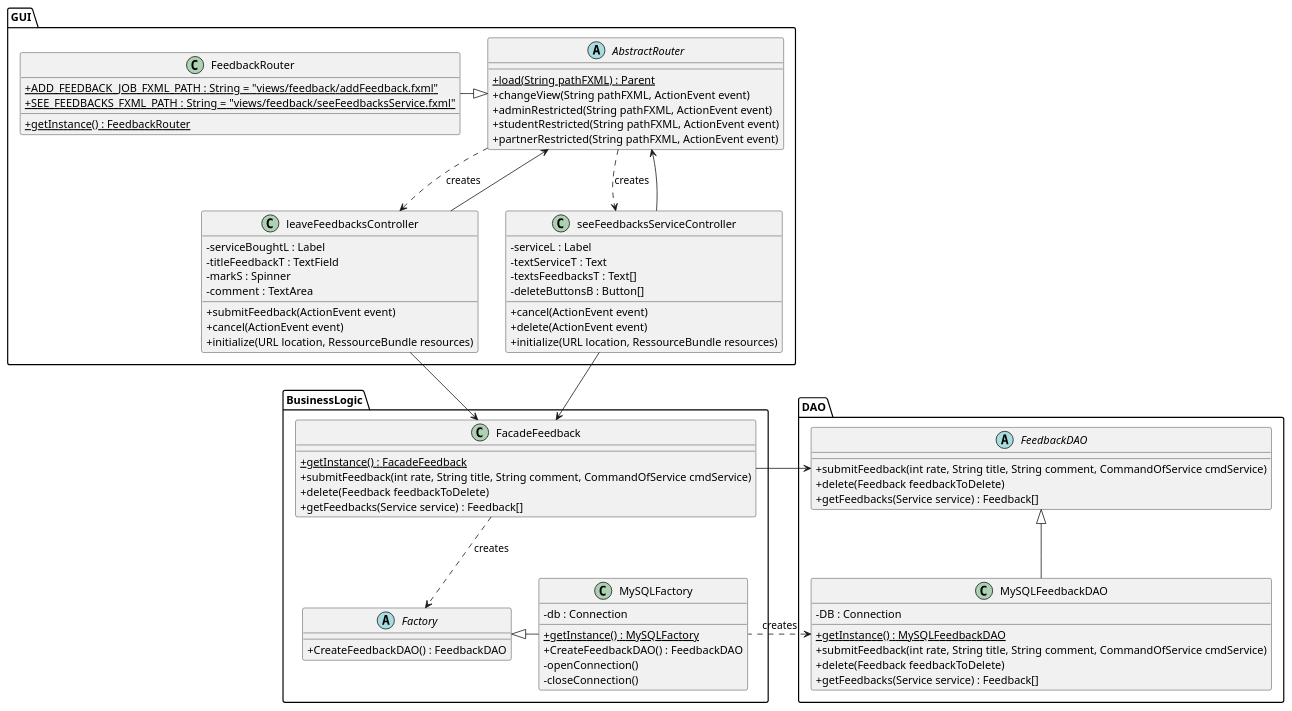
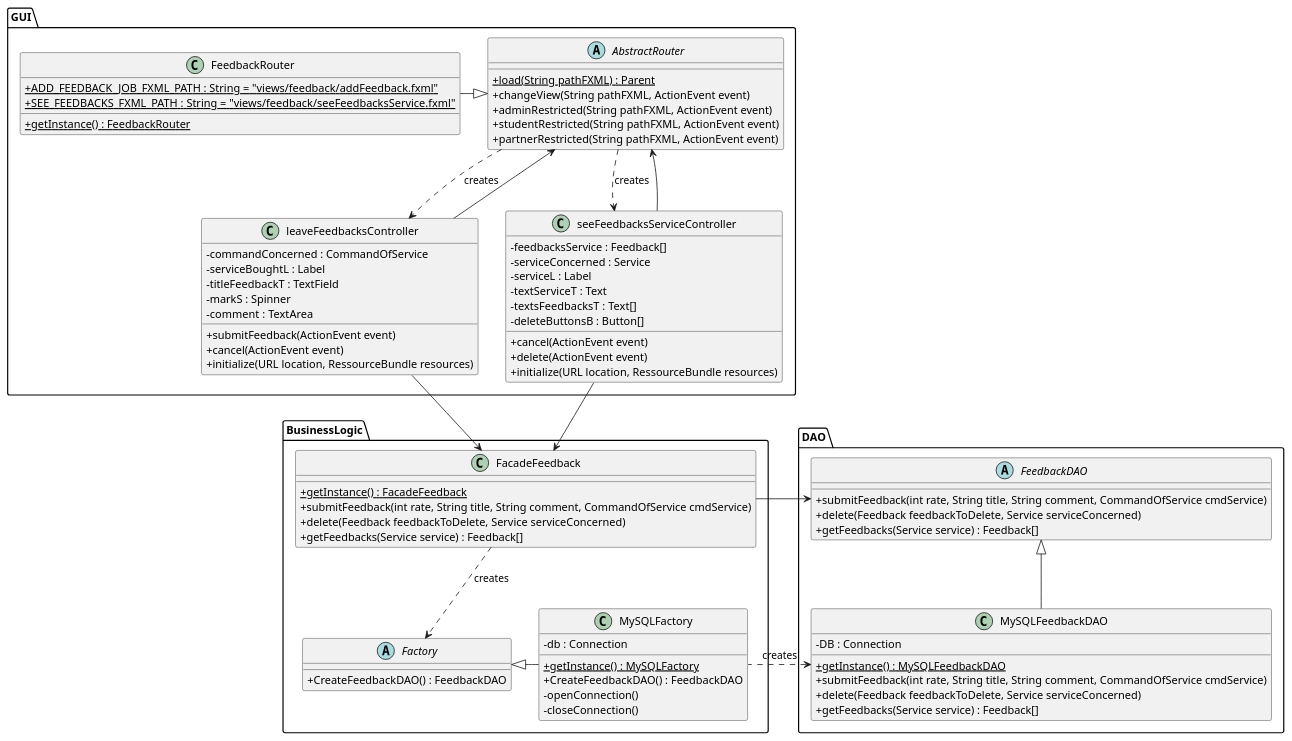
Before and after one commit to guiguie34/StudEasy: the diagram in project_diagrams/classDiagrams/feedbackManagement.puml, drawn with PlantUML. The commit also changed 2 other files, not shown here.

Commit message:
Fix : class diagrams

```diff
--- a/project_diagrams/classDiagrams/feedbackManagement.puml
+++ b/project_diagrams/classDiagrams/feedbackManagement.puml
@@ -1,98 +1,101 @@
 @startuml
 skinparam classAttributeIconSize 0
 
 package GUI{
     abstract class AbstractRouter{
         + {static} load(String pathFXML) : Parent
         + changeView(String pathFXML, ActionEvent event)
         + adminRestricted(String pathFXML, ActionEvent event)
         + studentRestricted(String pathFXML, ActionEvent event)
         + partnerRestricted(String pathFXML, ActionEvent event)
     }
 
     class FeedbackRouter{
         + {static} ADD_FEEDBACK_JOB_FXML_PATH : String = "views/feedback/addFeedback.fxml"
         + {static} SEE_FEEDBACKS_FXML_PATH : String = "views/feedback/seeFeedbacksService.fxml"
         + {static} getInstance() : FeedbackRouter
 
     }
 
     class leaveFeedbacksController{
+        - commandConcerned : CommandOfService
         - serviceBoughtL : Label
         - titleFeedbackT : TextField
         - markS : Spinner
         - comment : TextArea
         + submitFeedback(ActionEvent event)
         + cancel(ActionEvent event)
         + initialize(URL location, RessourceBundle resources)
     }
 
     class seeFeedbacksServiceController{
+        - feedbacksService : Feedback[]
+        - serviceConcerned : Service
         - serviceL : Label
         - textServiceT : Text
         - textsFeedbacksT : Text[]
         - deleteButtonsB : Button[]
         + cancel(ActionEvent event)
         + delete(ActionEvent event)
         + initialize(URL location, RessourceBundle resources)
     }
 
     FeedbackRouter -right-|> AbstractRouter
 
     leaveFeedbacksController --> AbstractRouter
     seeFeedbacksServiceController --> AbstractRouter
 
     AbstractRouter ..> leaveFeedbacksController : creates
     AbstractRouter ..> seeFeedbacksServiceController : creates
 }
 
 package BusinessLogic{
     class FacadeFeedback{
         + {static} getInstance() : FacadeFeedback
         + submitFeedback(int rate, String title, String comment, CommandOfService cmdService)
-        + delete(Feedback feedbackToDelete)
+        + delete(Feedback feedbackToDelete, Service serviceConcerned)
         + getFeedbacks(Service service) : Feedback[]
     }
 
     abstract class Factory{
         + CreateFeedbackDAO() : FeedbackDAO
     }
 
     class MySQLFactory{
         - db : Connection
         + {static} getInstance() : MySQLFactory
         + CreateFeedbackDAO() : FeedbackDAO
         - openConnection()
         - closeConnection()
     }
 
     leaveFeedbacksController --> FacadeFeedback
     seeFeedbacksServiceController --> FacadeFeedback
 
     FacadeFeedback ..> Factory  : creates
     MySQLFactory -left-|> Factory
 }
 
 package DAO{
     abstract class FeedbackDAO{
         + submitFeedback(int rate, String title, String comment, CommandOfService cmdService)
-        + delete(Feedback feedbackToDelete)
+        + delete(Feedback feedbackToDelete, Service serviceConcerned)
         + getFeedbacks(Service service) : Feedback[]
     }
 
     class MySQLFeedbackDAO{
         - DB : Connection
         + {static} getInstance() : MySQLFeedbackDAO
         + submitFeedback(int rate, String title, String comment, CommandOfService cmdService)
-        + delete(Feedback feedbackToDelete)
+        + delete(Feedback feedbackToDelete, Service serviceConcerned)
         + getFeedbacks(Service service) : Feedback[]
     }
 
     MySQLFeedbackDAO -up-|> FeedbackDAO
     FeedbackDAO <-right- FacadeFeedback
 
     MySQLFeedbackDAO <.right. MySQLFactory : creates
 
 }
 
 @enduml
```
